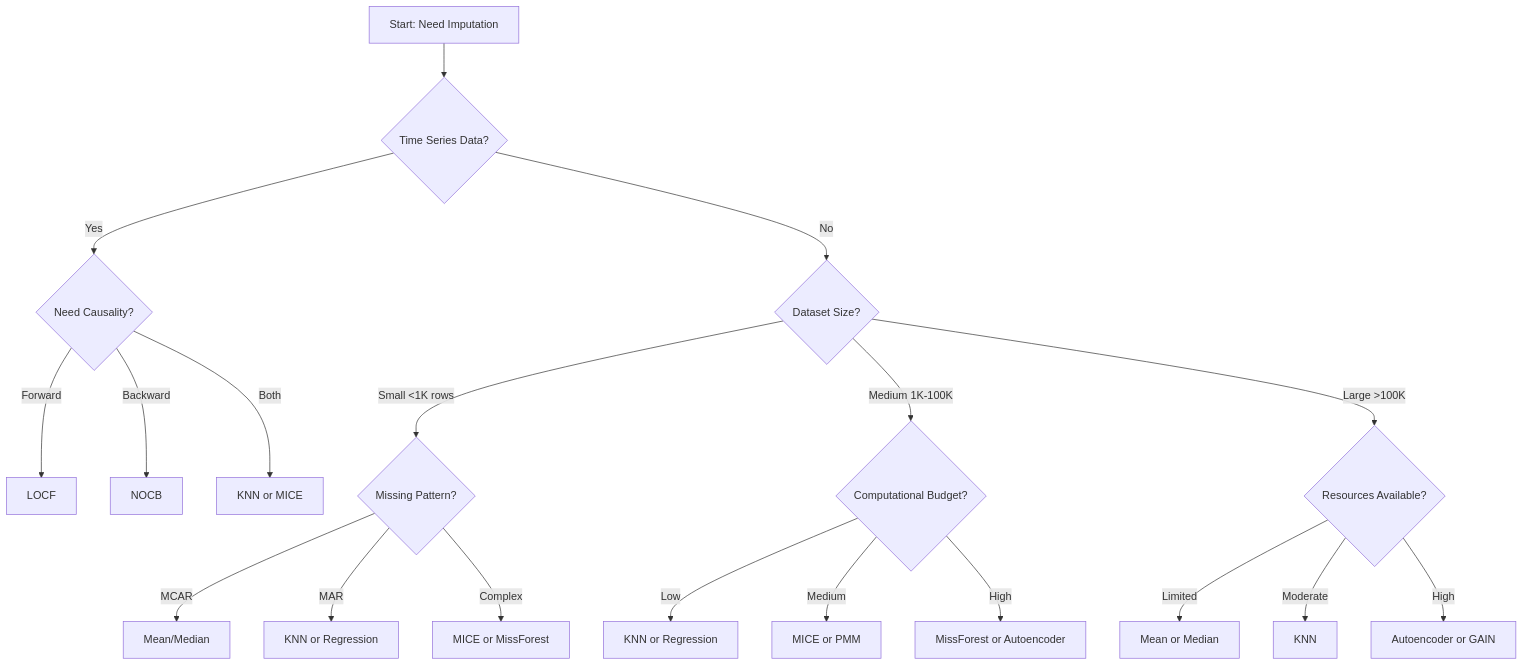
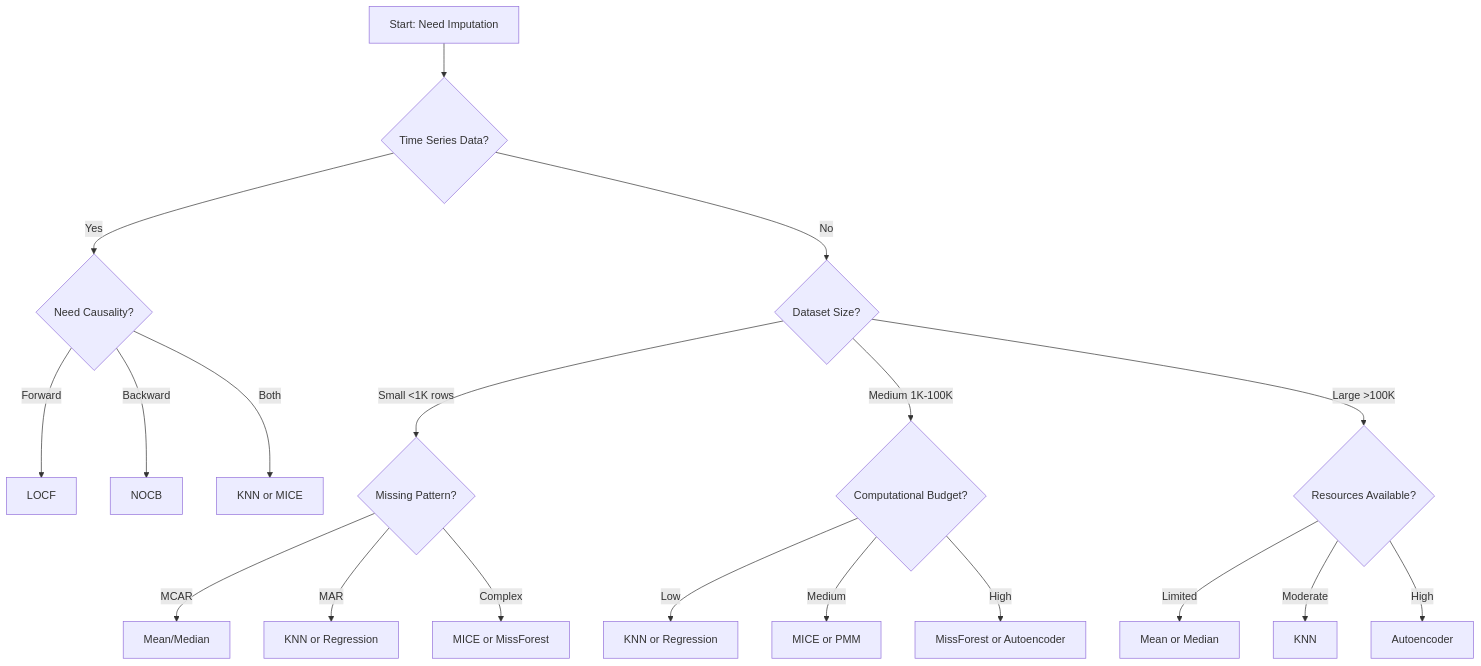
The diagram in docs/user-guide/selection.md (DiogoRibeiro7/imputation-methods), drawn with Mermaid before and after one commit. The commit also changed other lines of this file and 90 other files, not shown here.

````diff
--- a/docs/user-guide/selection.md
+++ b/docs/user-guide/selection.md
@@ -7,26 +7,26 @@
 ```mermaid
 graph TD
     A[Start: Need Imputation] --> B{Time Series Data?}
     B -->|Yes| C{Need Causality?}
     B -->|No| D{Dataset Size?}
 
     C -->|Forward| E[LOCF]
     C -->|Backward| F[NOCB]
     C -->|Both| G[KNN or MICE]
 
     D -->|Small <1K rows| H{Missing Pattern?}
     D -->|Medium 1K-100K| I{Computational Budget?}
     D -->|Large >100K| J{Resources Available?}
 
     H -->|MCAR| K[Mean/Median]
     H -->|MAR| L[KNN or Regression]
     H -->|Complex| M[MICE or MissForest]
 
     I -->|Low| N[KNN or Regression]
     I -->|Medium| O[MICE or PMM]
     I -->|High| P[MissForest or Autoencoder]
 
     J -->|Limited| Q[Mean or Median]
     J -->|Moderate| R[KNN]
-    J -->|High| S[Autoencoder or GAIN]
+    J -->|High| S[Autoencoder]
 ```
````
